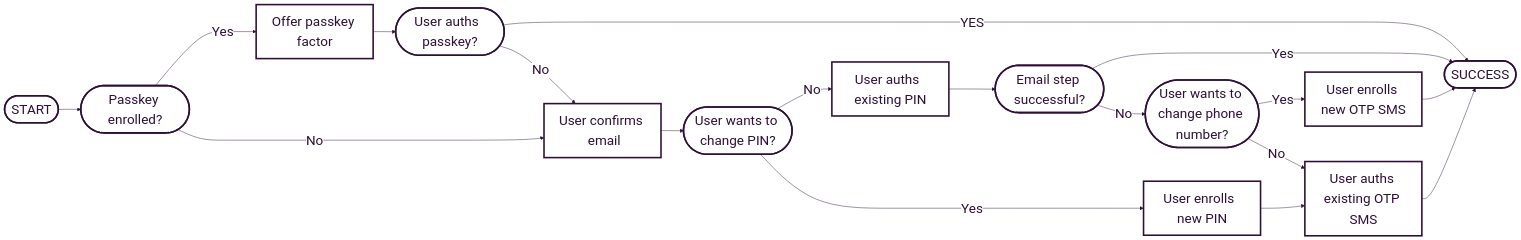
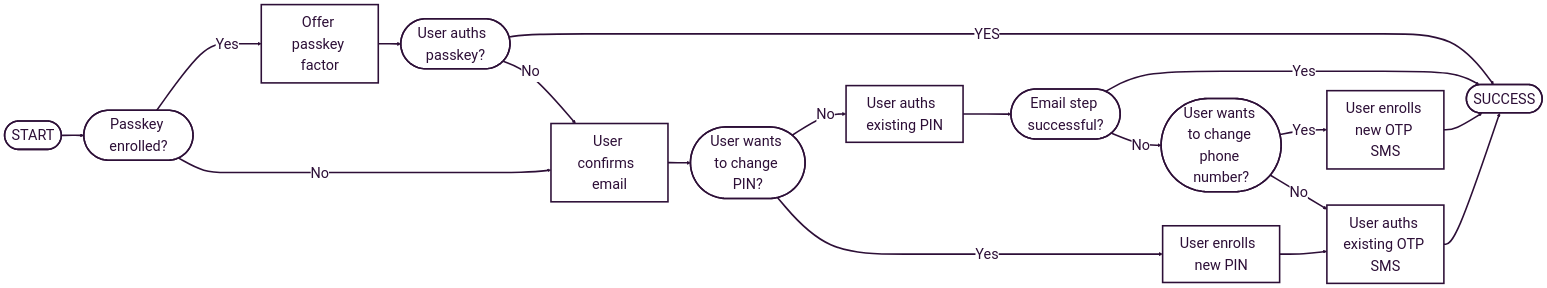
Before and after one commit to Mangopay/docs: the third of 6 diagrams in guides/sca/factors.mdx, drawn with Mermaid. The commit also changed other lines of this file and 1 other file, not shown here.

````diff
--- a/guides/sca/factors.mdx
+++ b/guides/sca/factors.mdx
@@ -335,51 +387,51 @@
 ```mermaid
 %%{
   init: {
     'theme': 'base',
     'themeVariables': {
       'primaryColor': '#FFFFFF',
       'primaryTextColor': '#2D0F37',
       'primaryBorderColor': '#2D0F37',
       'lineColor': '#2D0F37',
       'secondaryColor': '#FFFFFF',
       'tertiaryColor': '#FFFFFF',
-      'fontSize': '30px',
+      'fontSize': '32px',
       'fontFamily': 'Inter'
     }
   }
 }%%
 flowchart LR
-    n6["Offer passkey factor"] --> n7(["User auths  passkey?"])
-    n14(["START"]) --> n4(["Passkey enrolled?"])
-    n4 -- Yes ---> n6
-    n4 -- No ---> n17["User confirms  email"]
-    n7 -- YES ---> n13(["SUCCESS"])
-    n17 --> n18(["User wants to change PIN?"])
-    n18 -- No --> n22["User auths  existing PIN"]
-    n19(["Email step successful?"]) -- Yes ---> n13
-    n20["User auths existing OTP SMS"] --> n13
-    n22 --> n19
-    n18 -- Yes ---> n23["User enrolls  new PIN"]
-    n23 --> n20
-    n7 -- No --> n17
-    n19 -- No --> n28(["User wants to change phone number?"])
-    n28 -- Yes --> n29["User enrolls new OTP SMS"]
-    n29 --> n13
-    n28 -- No --> n20
+    n6["Offer passkey factor"]  ==> n7(["User auths  passkey?"])
+    n14(["START"])  ==> n4(["Passkey enrolled?"])
+    n4  == Yes  ===> n6
+    n4  == No  ===> n17["User confirms  email"]
+    n7  == YES  ===> n13(["SUCCESS"])
+    n17  ==> n18(["User wants to change PIN?"])
+    n18  == No  ==> n22["User auths  existing PIN"]
+    n19(["Email step successful?"])  == Yes  ===> n13
+    n20["User auths existing OTP SMS"]  ==> n13
+    n22  ==> n19
+    n18  == Yes  ===> n23["User enrolls  new PIN"]
+    n23  ==> n20
+    n7  == No  ==> n17
+    n19  == No  ==> n28(["User wants to change phone number?"])
+    n28  == Yes  ==> n29["User enrolls new OTP SMS"]
+    n29  ==> n13
+    n28  == No  ==> n20
 
     n6@{ shape: rect}
 
     style n4 stroke-width:3.5px
     style n6 stroke-width:3.5px
     style n7 stroke-width:3.5px
     style n13 stroke-width:3.5px
     style n14 stroke-width:3.5px
     style n17 stroke-width:3.5px
     style n18 stroke-width:3.5px
     style n19 stroke-width:3.5px
     style n20 stroke-width:3.5px
     style n22 stroke-width:3.5px
     style n23 stroke-width:3.5px
     style n28 stroke-width:3.5px
     style n29 stroke-width:3.5px
 ```
````
